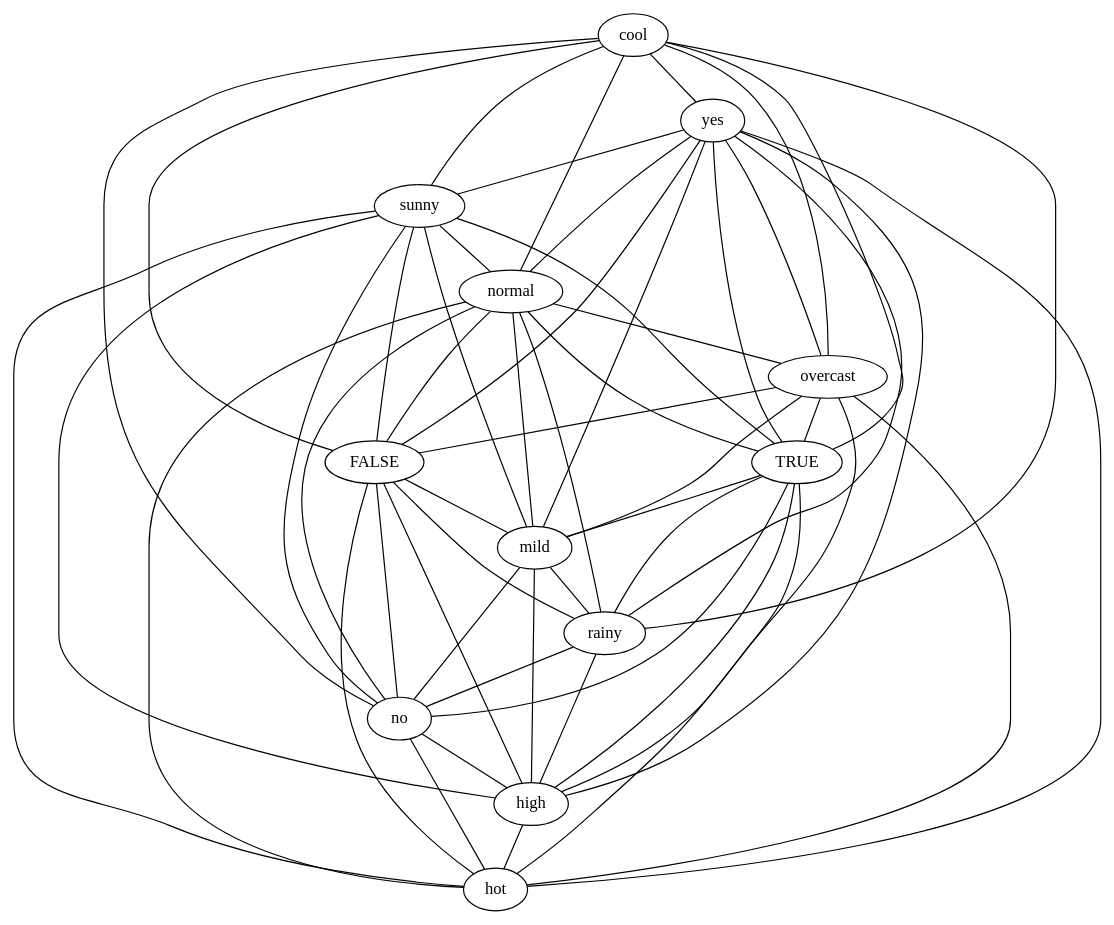
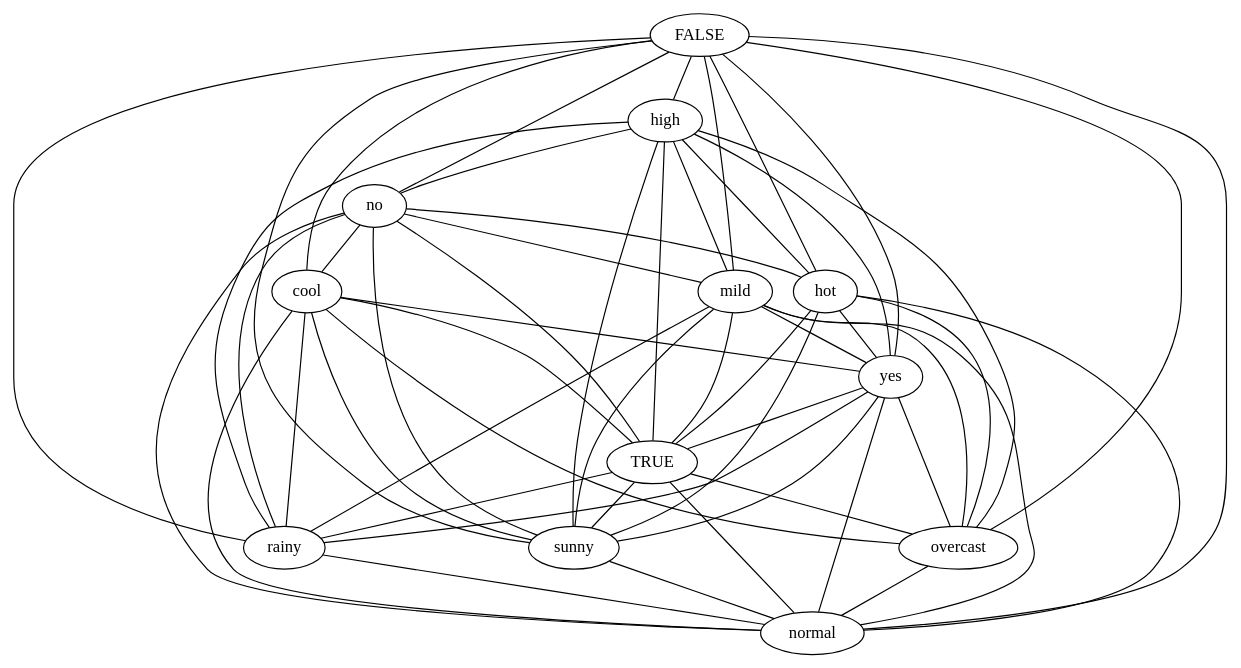
One commit to lrodrin/TFG changed the diagram in src/final/plainGraph.dot. Above: the diagram before and after it, drawn with Graphviz. The commit also changed 41 other files, not shown here.

```diff
--- a/src/final/plainGraph.dot
+++ b/src/final/plainGraph.dot
@@ -1,68 +1,68 @@
 strict graph "" {
+FALSE;
+high;
+no;
+hot;
+mild;
 cool;
 yes;
+TRUE;
+overcast;
 sunny;
+rainy;
 normal;
-overcast;
-FALSE;
-TRUE;
-mild;
-rainy;
-no;
-high;
-hot;
+FALSE -- cool  [color=black];
+FALSE -- high  [color=black];
+FALSE -- yes  [color=black];
+FALSE -- overcast  [color=black];
+FALSE -- no  [color=black];
+FALSE -- sunny  [color=black];
+FALSE -- rainy  [color=black];
+FALSE -- normal  [color=black];
+FALSE -- hot  [color=black];
+FALSE -- mild  [color=black];
+high -- yes  [color=black];
+high -- overcast  [color=black];
+high -- no  [color=black];
+high -- mild  [color=black];
+high -- sunny  [color=black];
+high -- rainy  [color=black];
+high -- hot  [color=black];
+high -- TRUE  [color=black];
+no -- cool  [color=black];
+no -- mild  [color=black];
+no -- rainy  [color=black];
+no -- sunny  [color=black];
+no -- normal  [color=black];
+no -- hot  [color=black];
+no -- TRUE  [color=black];
+hot -- yes  [color=black];
+hot -- overcast  [color=black];
+hot -- sunny  [color=black];
+hot -- normal  [color=black];
+hot -- TRUE  [color=black];
+mild -- yes  [color=black];
+mild -- overcast  [color=black];
+mild -- sunny  [color=black];
+mild -- rainy  [color=black];
+mild -- normal  [color=black];
+mild -- TRUE  [color=black];
+cool -- sunny  [color=black];
 cool -- yes  [color=black];
-cool -- sunny  [color=black];
+cool -- overcast  [color=black];
 cool -- rainy  [color=black];
 cool -- normal  [color=black];
-cool -- no  [color=black];
-cool -- overcast  [color=black];
-cool -- FALSE  [color=black];
 cool -- TRUE  [color=black];
+yes -- sunny  [color=black];
 yes -- overcast  [color=black];
-yes -- sunny  [color=black];
 yes -- rainy  [color=black];
 yes -- normal  [color=black];
-yes -- FALSE  [color=black];
-yes -- high  [color=black];
-yes -- hot  [color=black];
-yes -- mild  [color=black];
 yes -- TRUE  [color=black];
-sunny -- no  [color=black];
+TRUE -- rainy  [color=black];
+TRUE -- overcast  [color=black];
+TRUE -- sunny  [color=black];
+TRUE -- normal  [color=black];
+overcast -- normal  [color=black];
 sunny -- normal  [color=black];
-sunny -- hot  [color=black];
-sunny -- high  [color=black];
-sunny -- FALSE  [color=black];
-sunny -- TRUE  [color=black];
-sunny -- mild  [color=black];
-normal -- hot  [color=black];
-normal -- rainy  [color=black];
-normal -- no  [color=black];
-normal -- overcast  [color=black];
-normal -- FALSE  [color=black];
-normal -- TRUE  [color=black];
-normal -- mild  [color=black];
-overcast -- hot  [color=black];
-overcast -- high  [color=black];
-overcast -- FALSE  [color=black];
-overcast -- TRUE  [color=black];
-overcast -- mild  [color=black];
-FALSE -- high  [color=black];
-FALSE -- rainy  [color=black];
-FALSE -- no  [color=black];
-FALSE -- hot  [color=black];
-FALSE -- mild  [color=black];
-TRUE -- rainy  [color=black];
-TRUE -- no  [color=black];
-TRUE -- high  [color=black];
-TRUE -- hot  [color=black];
-TRUE -- mild  [color=black];
-mild -- rainy  [color=black];
-mild -- no  [color=black];
-mild -- high  [color=black];
-rainy -- no  [color=black];
-rainy -- high  [color=black];
-no -- hot  [color=black];
-no -- high  [color=black];
-high -- hot  [color=black];
+rainy -- normal  [color=black];
 }
```
